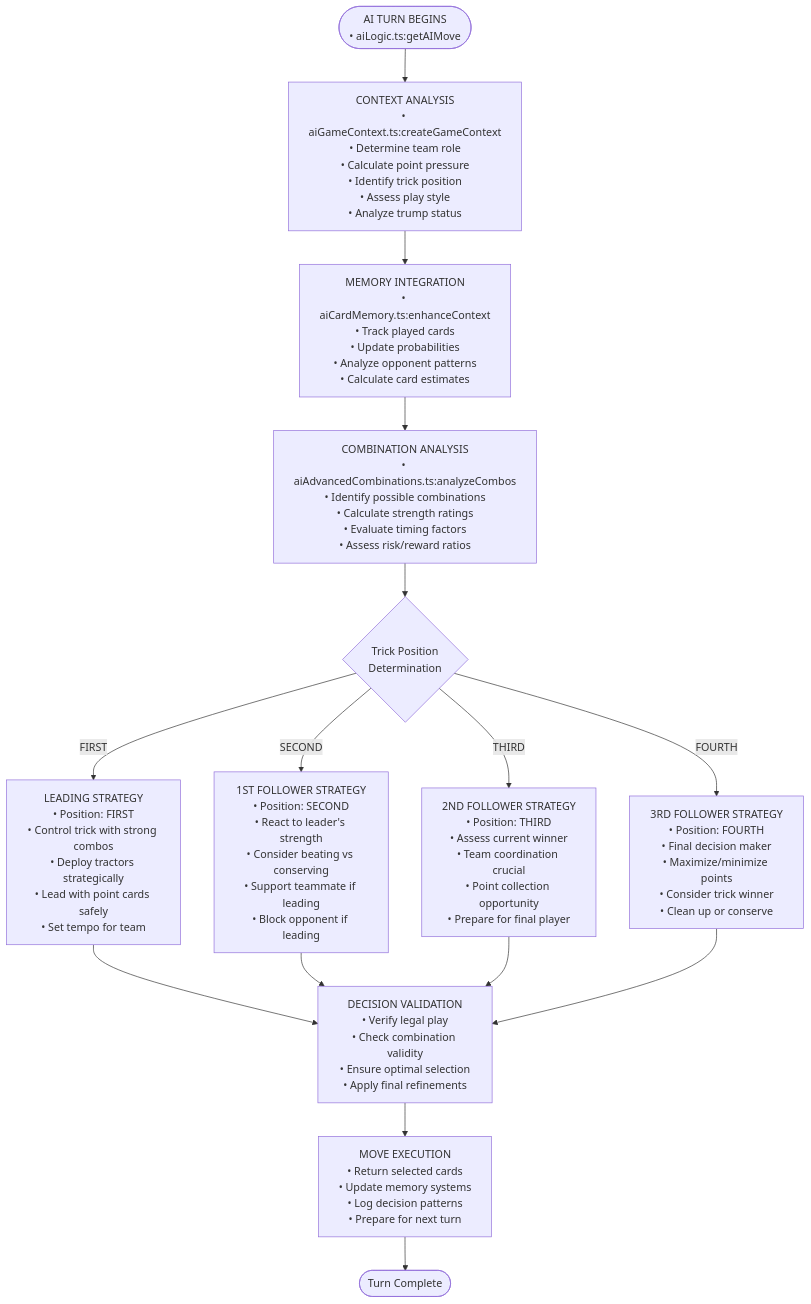
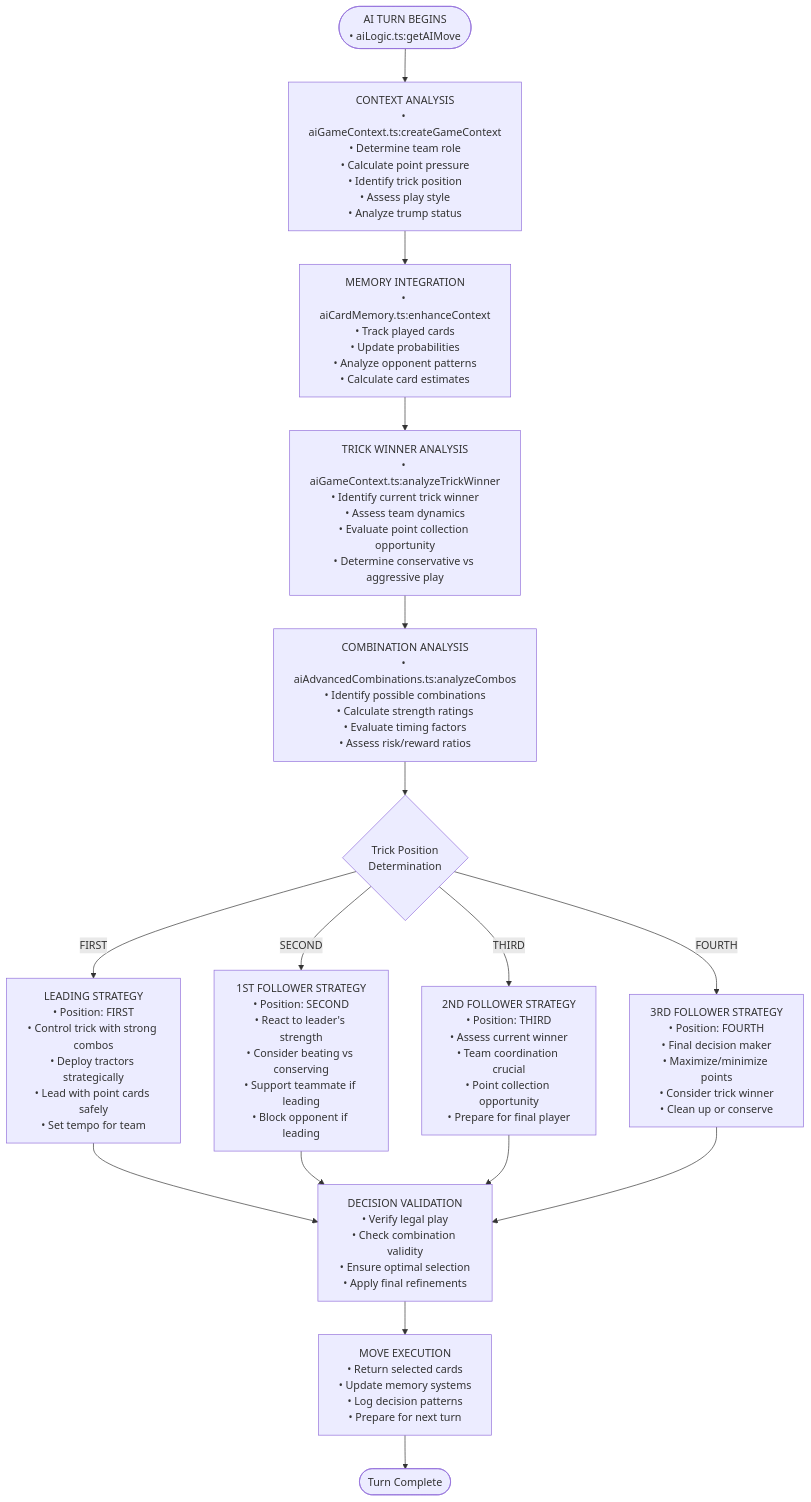
One commit to ejfn/Tractor changed the second of 3 diagrams in docs/AI_SYSTEM.md. Above: the diagram before and after it, drawn with Mermaid. The commit also changed other lines of this file and 51 other files, not shown here.

First line of the commit message:
Enhance AI with real-time trick winner analysis and required winningPlayerId (#90)

````diff
--- a/docs/AI_SYSTEM.md
+++ b/docs/AI_SYSTEM.md
@@ -68,28 +78,30 @@
 ```mermaid
 flowchart TD
     Start([AI TURN BEGINS<br/>• aiLogic.ts:getAIMove]) --> Context[CONTEXT ANALYSIS<br/>• aiGameContext.ts:createGameContext<br/>• Determine team role<br/>• Calculate point pressure<br/>• Identify trick position<br/>• Assess play style<br/>• Analyze trump status]
     
     Context --> Memory[MEMORY INTEGRATION<br/>• aiCardMemory.ts:enhanceContext<br/>• Track played cards<br/>• Update probabilities<br/>• Analyze opponent patterns<br/>• Calculate card estimates]
     
-    Memory --> Combos[COMBINATION ANALYSIS<br/>• aiAdvancedCombinations.ts:analyzeCombos<br/>• Identify possible combinations<br/>• Calculate strength ratings<br/>• Evaluate timing factors<br/>• Assess risk/reward ratios]
+    Memory --> TrickWinner[TRICK WINNER ANALYSIS<br/>• aiGameContext.ts:analyzeTrickWinner<br/>• Identify current trick winner<br/>• Assess team dynamics<br/>• Evaluate point collection opportunity<br/>• Determine conservative vs aggressive play]
+    
+    TrickWinner --> Combos[COMBINATION ANALYSIS<br/>• aiAdvancedCombinations.ts:analyzeCombos<br/>• Identify possible combinations<br/>• Calculate strength ratings<br/>• Evaluate timing factors<br/>• Assess risk/reward ratios]
     
     Combos --> Position{Trick Position<br/>Determination}
     
     Position -->|FIRST| Leader[LEADING STRATEGY<br/>• Position: FIRST<br/>• Control trick with strong combos<br/>• Deploy tractors strategically<br/>• Lead with point cards safely<br/>• Set tempo for team]
     
     Position -->|SECOND| FirstFollower[1ST FOLLOWER STRATEGY<br/>• Position: SECOND<br/>• React to leader's strength<br/>• Consider beating vs conserving<br/>• Support teammate if leading<br/>• Block opponent if leading]
     
     Position -->|THIRD| SecondFollower[2ND FOLLOWER STRATEGY<br/>• Position: THIRD<br/>• Assess current winner<br/>• Team coordination crucial<br/>• Point collection opportunity<br/>• Prepare for final player]
     
     Position -->|FOURTH| ThirdFollower[3RD FOLLOWER STRATEGY<br/>• Position: FOURTH<br/>• Final decision maker<br/>• Maximize/minimize points<br/>• Consider trick winner<br/>• Clean up or conserve]
     
     Leader --> Validation[DECISION VALIDATION<br/>• Verify legal play<br/>• Check combination validity<br/>• Ensure optimal selection<br/>• Apply final refinements]
     
     FirstFollower --> Validation
     SecondFollower --> Validation
     ThirdFollower --> Validation
     
     Validation --> Execute[MOVE EXECUTION<br/>• Return selected cards<br/>• Update memory systems<br/>• Log decision patterns<br/>• Prepare for next turn]
     
     Execute --> End([Turn Complete])
 ```
````
